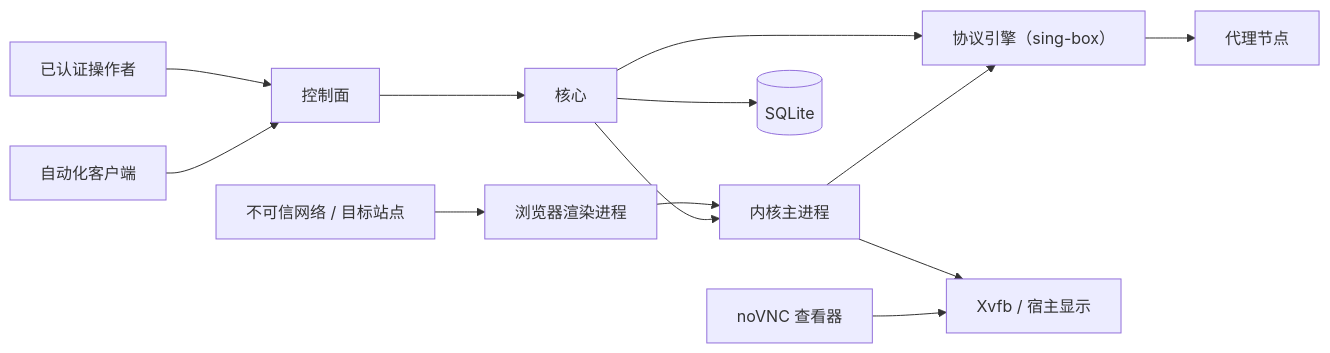
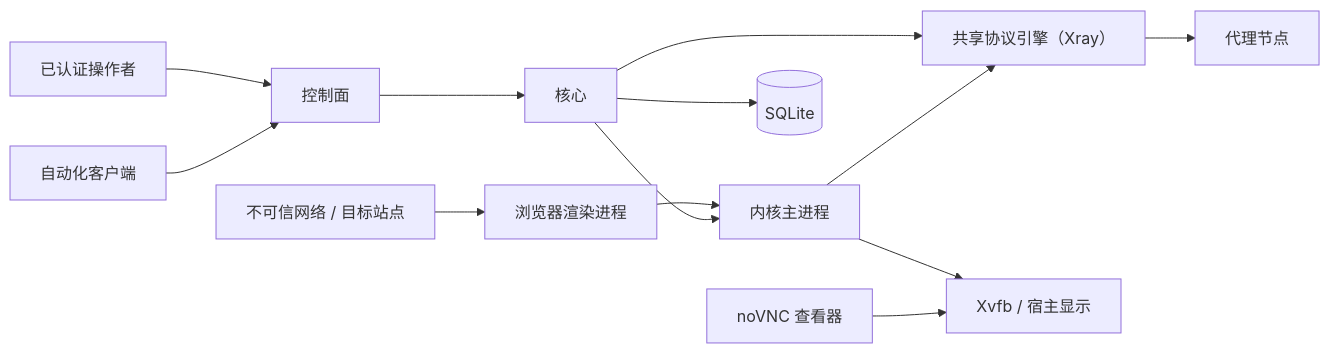
Before and after one commit to IvanLi-CN/mien: the diagram in docs/SECURITY.md, drawn with Mermaid. The commit also changed other lines of this file and 23 other files, not shown here.

First line of the commit message:
docs: adopt shared Xray proxy engine

````diff
--- a/docs/SECURITY.md
+++ b/docs/SECURITY.md
@@ -31,15 +31,15 @@
 ```mermaid
 flowchart LR
   Internet["不可信网络 / 目标站点"] --> Browser["浏览器渲染进程"]
   Browser --> Kernel["内核主进程"]
   User["已认证操作者"] --> API["控制面"]
   Automation["自动化客户端"] --> API
   API --> Core["核心"]
   Core --> DB[("SQLite")]
-  Core --> Proxy["协议引擎（sing-box）"]
+  Core --> Proxy["共享协议引擎（Xray）"]
   Proxy --> Upstream["代理节点"]
   Core --> Kernel
   Kernel --> Proxy
   Kernel --> Display["Xvfb / 宿主显示"]
   Viewer["noVNC 查看器"] --> Display
 ```
````
